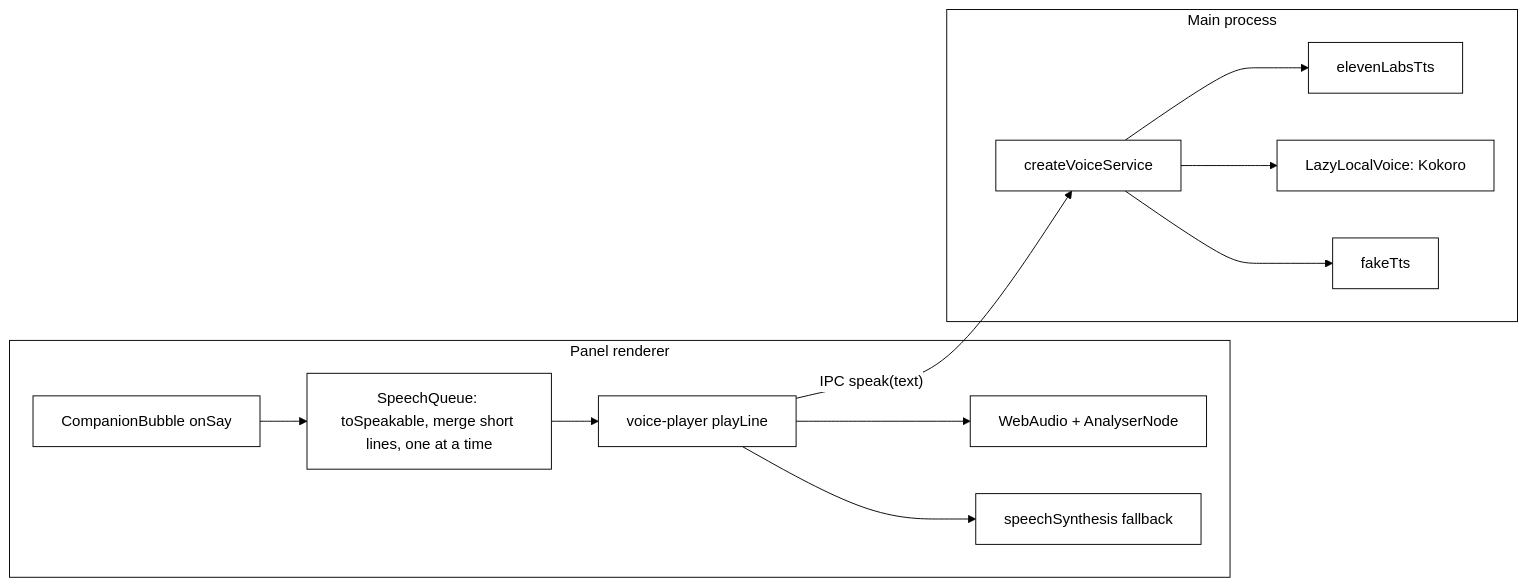
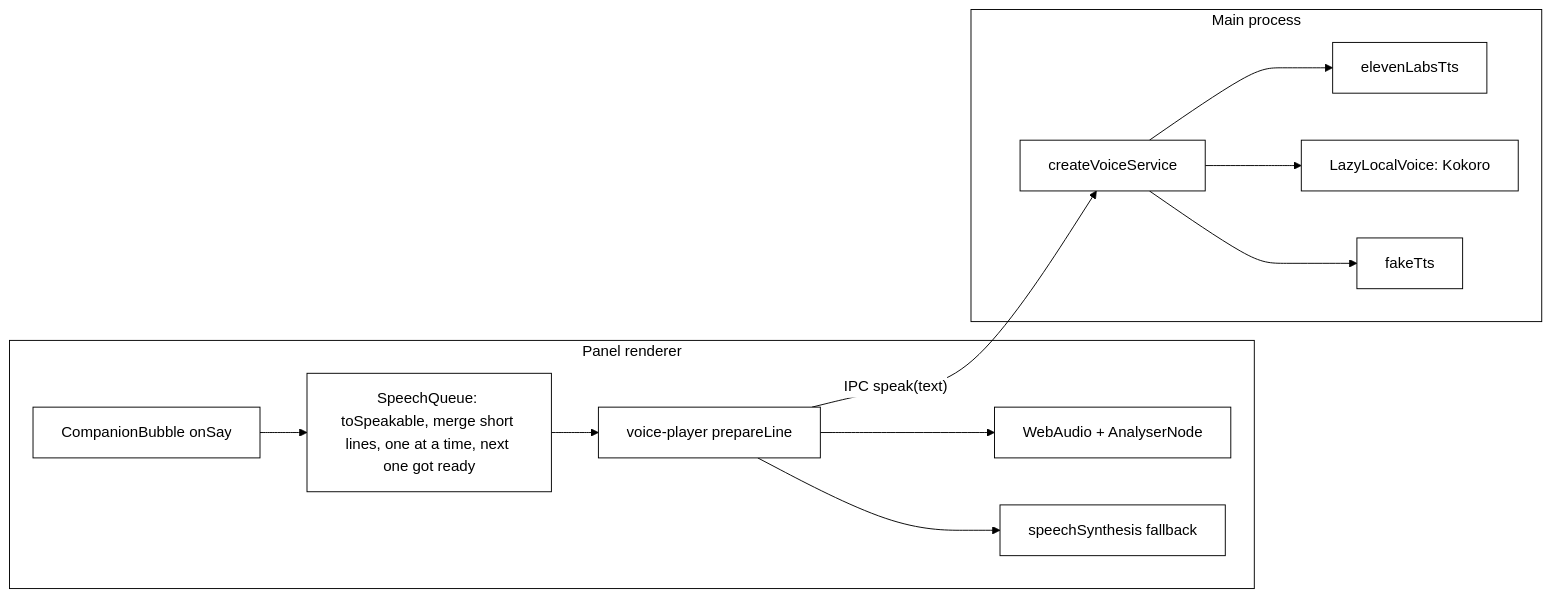
One commit to nadeem4/tagalong changed diagram 12 of 13 in docs/architecture.md. Above: the diagram before and after it, drawn with Mermaid. The commit also changed other lines of this file and 17 other files, not shown here.

````diff
--- a/docs/architecture.md
+++ b/docs/architecture.md
@@ -1503,16 +1505,16 @@
 ```mermaid
 %%{init: {"theme": "base", "themeVariables": {"primaryColor": "#ffffff", "primaryTextColor": "#000000", "primaryBorderColor": "#000000", "lineColor": "#000000", "secondaryColor": "#ffffff", "tertiaryColor": "#ffffff", "background": "#ffffff", "clusterBkg": "#ffffff", "clusterBorder": "#000000"}}}%%
 flowchart LR
   subgraph Panel["Panel renderer"]
-    CB["CompanionBubble onSay"] --> Q["SpeechQueue: toSpeakable, merge short lines, one at a time"]
-    Q --> PL["voice-player playLine"]
+    CB["CompanionBubble onSay"] --> Q["SpeechQueue: toSpeakable, merge short lines, one at a time, next one got ready"]
+    Q --> PL["voice-player prepareLine"]
     PL --> WA["WebAudio + AnalyserNode"]
     PL --> SS["speechSynthesis fallback"]
   end
   subgraph Main["Main process"]
     VS["createVoiceService"] --> EL["elevenLabsTts"]
     VS --> KO["LazyLocalVoice: Kokoro"]
     VS --> FK["fakeTts"]
   end
   PL -- "IPC speak(text)" --> VS
 ```
````
